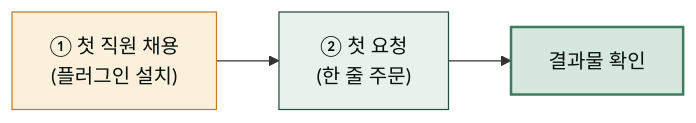
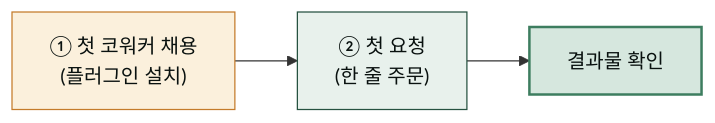
The diagram in www/content/getting-started/first-task.md (modu-ai/cowork-plugins), drawn with Mermaid before and after one commit. The commit also changed other lines of this file and 152 other files, not shown here.

````diff
--- a/www/content/getting-started/first-task.md
+++ b/www/content/getting-started/first-task.md
@@ -13,9 +13,9 @@
 ```mermaid
 flowchart LR
-   A["① 첫 직원 채용<br/>(플러그인 설치)"] --> B["② 첫 요청<br/>(한 줄 주문)"]
+   A["① 첫 코워커 채용<br/>(플러그인 설치)"] --> B["② 첫 요청<br/>(한 줄 주문)"]
    B --> C["결과물 확인"]
 
    style A fill:#fbf0dc,stroke:#c47b2a,color:#09110f
    style B fill:#e8f1ec,stroke:#265240,color:#09110f
    style C fill:#d6e7de,stroke:#3d7d5f,stroke-width:2px,color:#09110f
 ```
````
